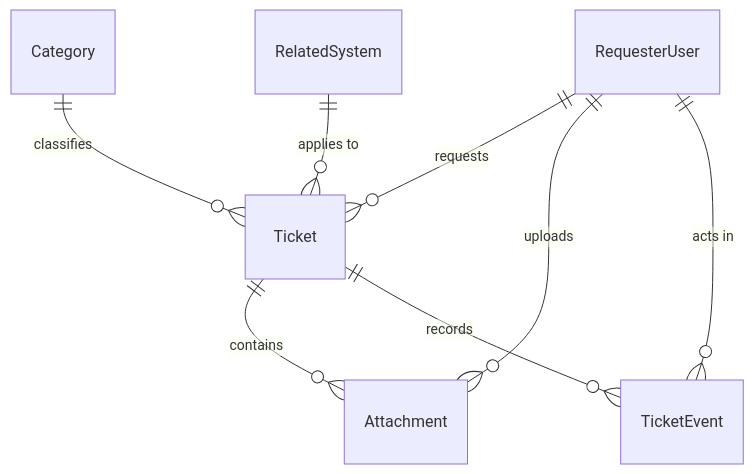
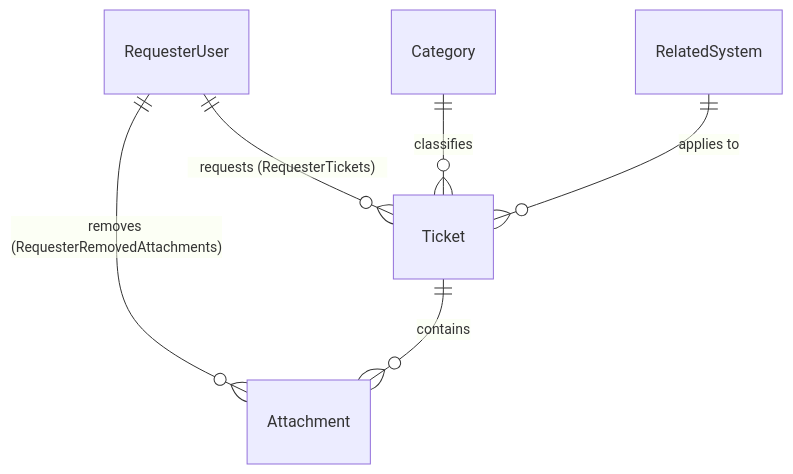
One commit to ShortXander101205/toktickit changed the diagram in docs/lab-02/specification.md. Above: the diagram before and after it, drawn with Mermaid. The commit also changed other lines of this file and 6 other files, not shown here.

````diff
--- a/docs/lab-02/specification.md
+++ b/docs/lab-02/specification.md
@@ -101,10 +101,8 @@
 ```mermaid
 erDiagram
-    RequesterUser ||--o{ Ticket : "requests"
+    RequesterUser ||--o{ Ticket : "requests (RequesterTickets)"
+    RequesterUser ||--o{ Attachment : "removes (RequesterRemovedAttachments)"
     Category ||--o{ Ticket : "classifies"
     RelatedSystem ||--o{ Ticket : "applies to"
     Ticket ||--o{ Attachment : "contains"
-    Ticket ||--o{ TicketEvent : "records"
-    RequesterUser ||--o{ Attachment : "uploads"
-    RequesterUser ||--o{ TicketEvent : "acts in"
 ```
````
